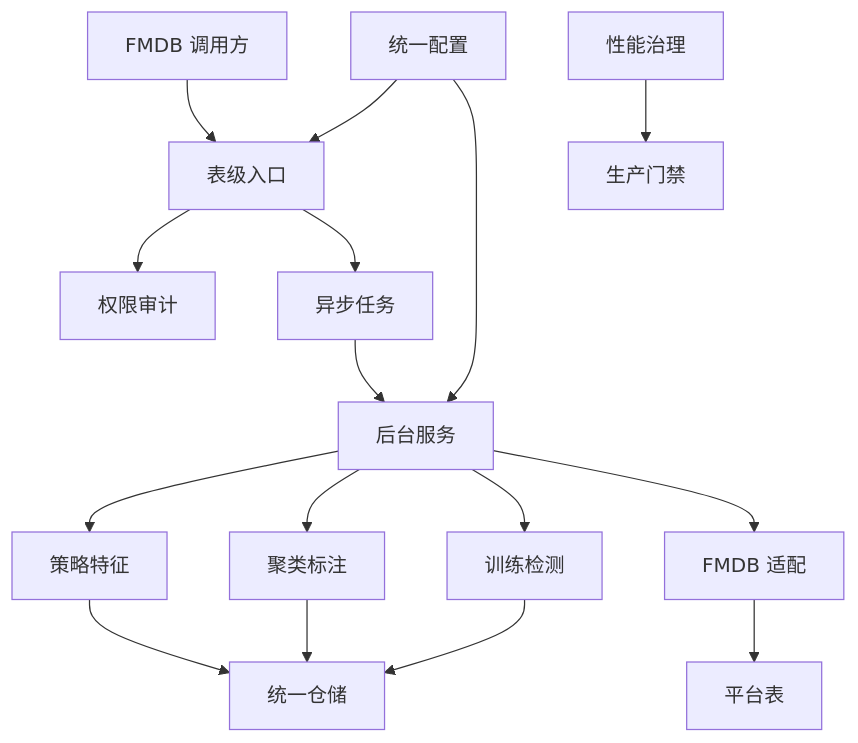
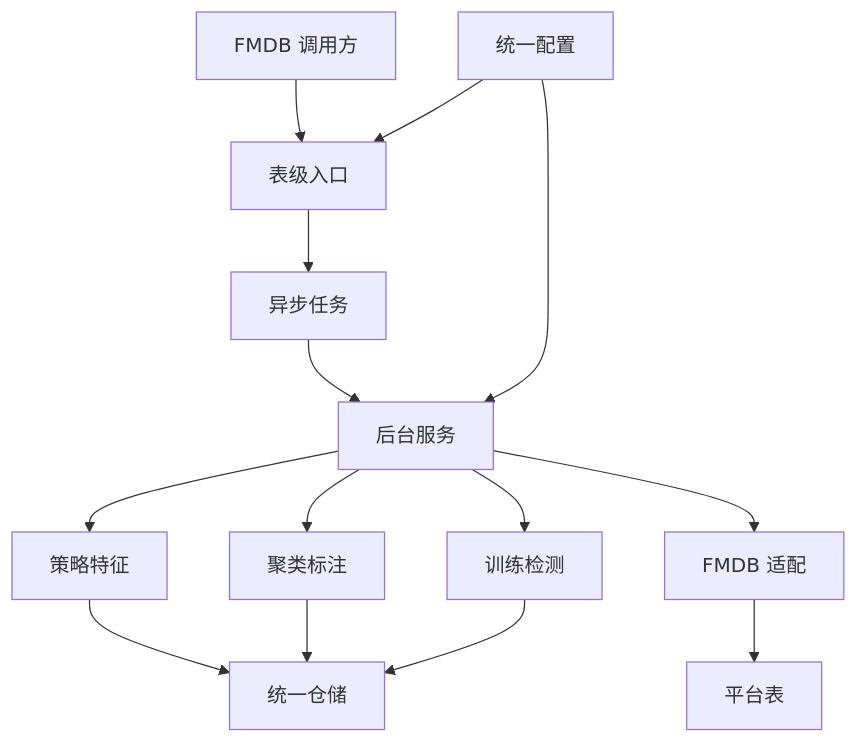
One commit to 18963603561/fmdb_udf_raha changed the first of 2 diagrams in README.md. Above: the diagram before and after it, drawn with Mermaid. The commit also changed other lines of this file and 105 other files, not shown here.

````diff
--- a/README.md
+++ b/README.md
@@ -58,18 +57,16 @@
 ```mermaid
 graph TD;
 n01[FMDB 调用方] --> n02[表级入口];
-n02 --> n03[权限审计];
 n02 --> n04[异步任务];
 n04 --> n05[后台服务];
 n05 --> n06[策略特征];
 n05 --> n07[聚类标注];
 n05 --> n08[训练检测];
 n06 --> n09[统一仓储];
 n07 --> n09;
 n08 --> n09;
 n05 --> n10[FMDB 适配];
 n10 --> n11[平台表];
 n12[统一配置] --> n02;
 n12 --> n05;
-n13[性能治理] --> n14[生产门禁];
 ```
````
